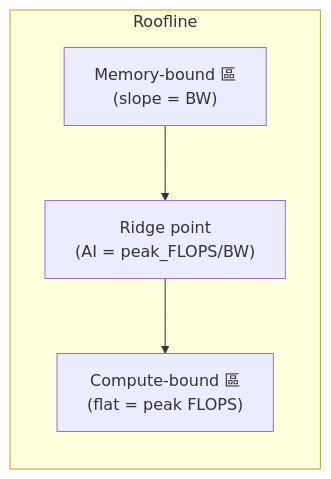
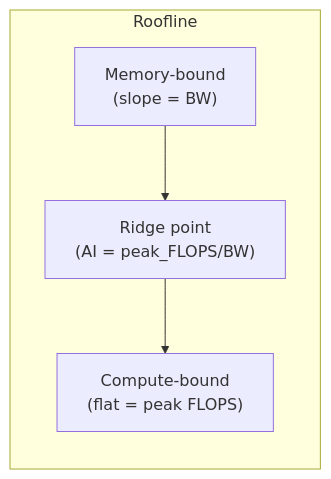
The seventh of 7 diagrams in README.md (boson316/RTX3050-GPU-Mastery), drawn with Mermaid before and after one commit. The commit also changed other lines of this file and 7 other files, not shown here.

````diff
--- a/README.md
+++ b/README.md
@@ -430,9 +409,9 @@
 ```mermaid
 flowchart LR
   subgraph Roofline
-    M["Memory-bound 區\n(slope = BW)"]
+    M["Memory-bound\n(slope = BW)"]
     R["Ridge point\n(AI = peak_FLOPS/BW)"]
-    C["Compute-bound 區\n(flat = peak FLOPS)"]
+    C["Compute-bound\n(flat = peak FLOPS)"]
     M --> R --> C
   end
 ```
````
